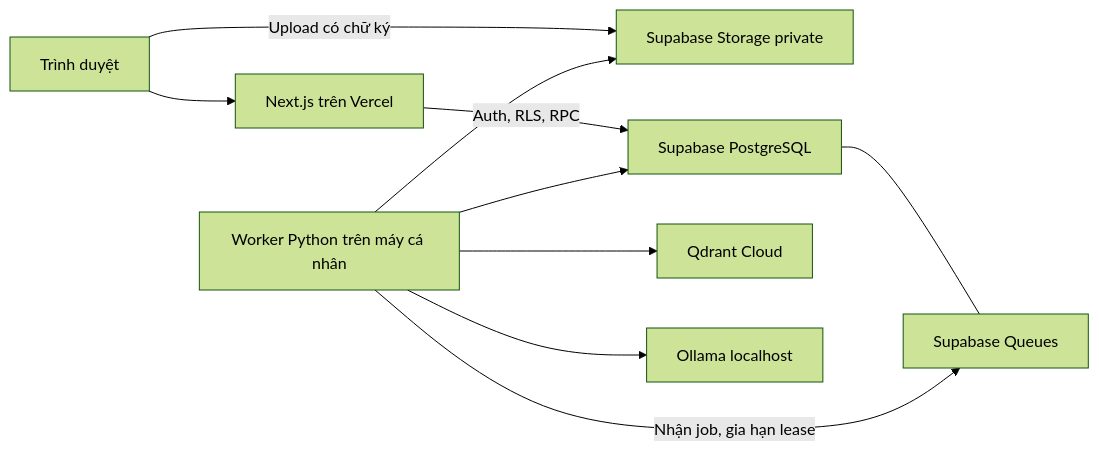
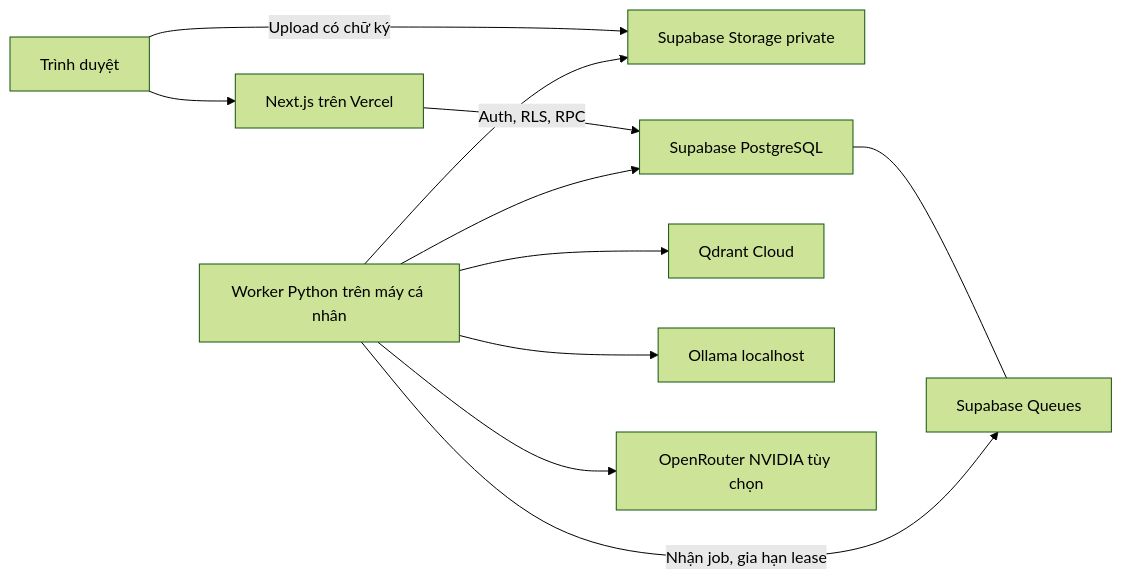
One commit to letoan9319/ChatBot changed the diagram in README.md. Above: the diagram before and after it, drawn with Mermaid (forest theme). The commit also changed other lines of this file and 19 other files, not shown here.

Commit message:
Add NVIDIA OpenRouter RAG backend with optional reranking

````diff
--- a/README.md
+++ b/README.md
@@ -7,12 +7,13 @@
 ```mermaid
 flowchart LR
     U[Trình duyệt] --> V[Next.js trên Vercel]
     U -->|Upload có chữ ký| S[Supabase Storage private]
     V -->|Auth, RLS, RPC| D[Supabase PostgreSQL]
     D --- Q[Supabase Queues]
     W[Worker Python trên máy cá nhân] -->|Nhận job, gia hạn lease| Q
     W --> S
     W --> D
     W --> E[Qdrant Cloud]
     W --> O[Ollama localhost]
+    W --> R[OpenRouter NVIDIA tùy chọn]
 ```
````
